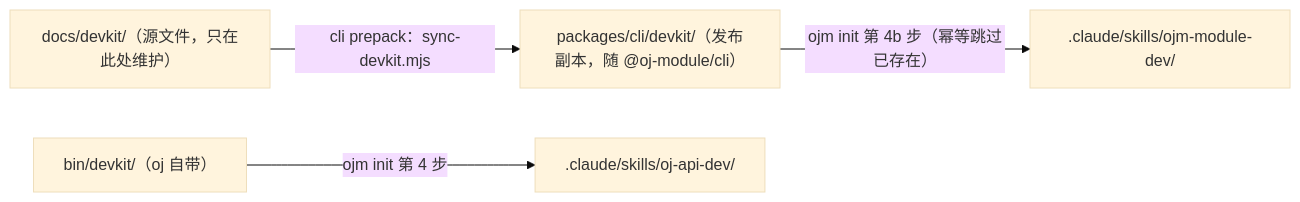
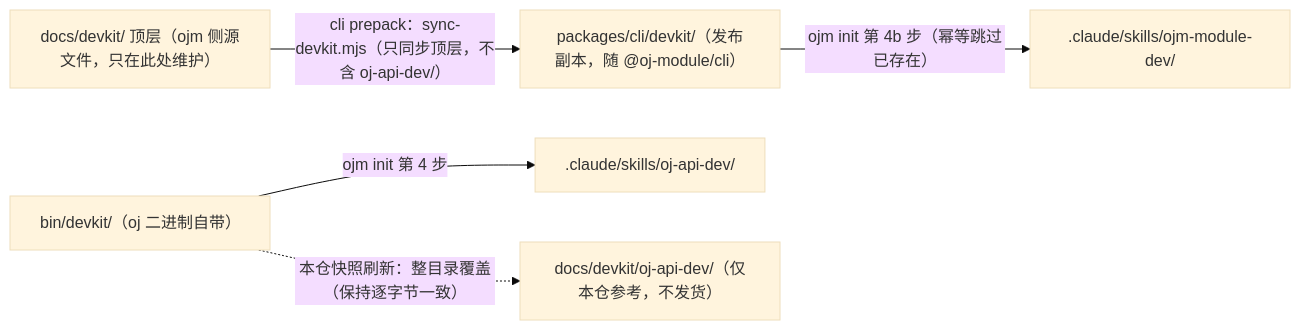
The diagram in docs/devkit/README.md (everpan/oj-module), drawn with Mermaid (base theme) before and after one commit. The commit also changed other lines of this file and 19 other files, not shown here.

First line of the commit message:
docs(devkit): oj-api-dev 快照合并进 docs/devkit，去重并保自治

````diff
--- a/docs/devkit/README.md
+++ b/docs/devkit/README.md
@@ -53,6 +93,7 @@
 ```mermaid
 flowchart LR
-  SRC["docs/devkit/（源文件，只在此处维护）"] -->|"cli prepack：sync-devkit.mjs"| PKG["packages/cli/devkit/（发布副本，随 @oj-module/cli）"]
+  SRC["docs/devkit/ 顶层（ojm 侧源文件，只在此处维护）"] -->|"cli prepack：sync-devkit.mjs（只同步顶层，不含 oj-api-dev/）"| PKG["packages/cli/devkit/（发布副本，随 @oj-module/cli）"]
   PKG -->|"ojm init 第 4b 步（幂等跳过已存在）"| PROJ[".claude/skills/ojm-module-dev/"]
-  OJBIN["bin/devkit/（oj 自带）"] -->|"ojm init 第 4 步"| API[".claude/skills/oj-api-dev/"]
+  OJBIN["bin/devkit/（oj 二进制自带）"] -->|"ojm init 第 4 步"| API[".claude/skills/oj-api-dev/"]
+  OJBIN -.->|"本仓快照刷新：整目录覆盖（保持逐字节一致）"| SNAP["docs/devkit/oj-api-dev/（仅本仓参考，不发货）"]
 ```
````
